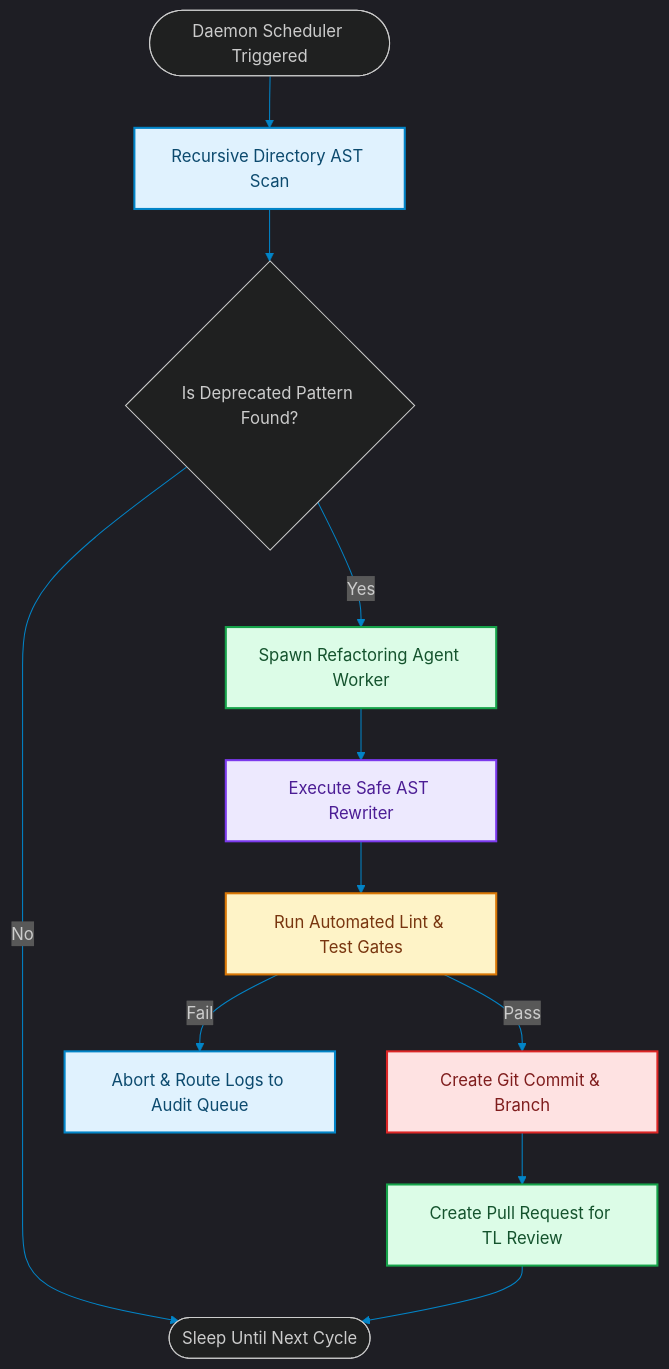
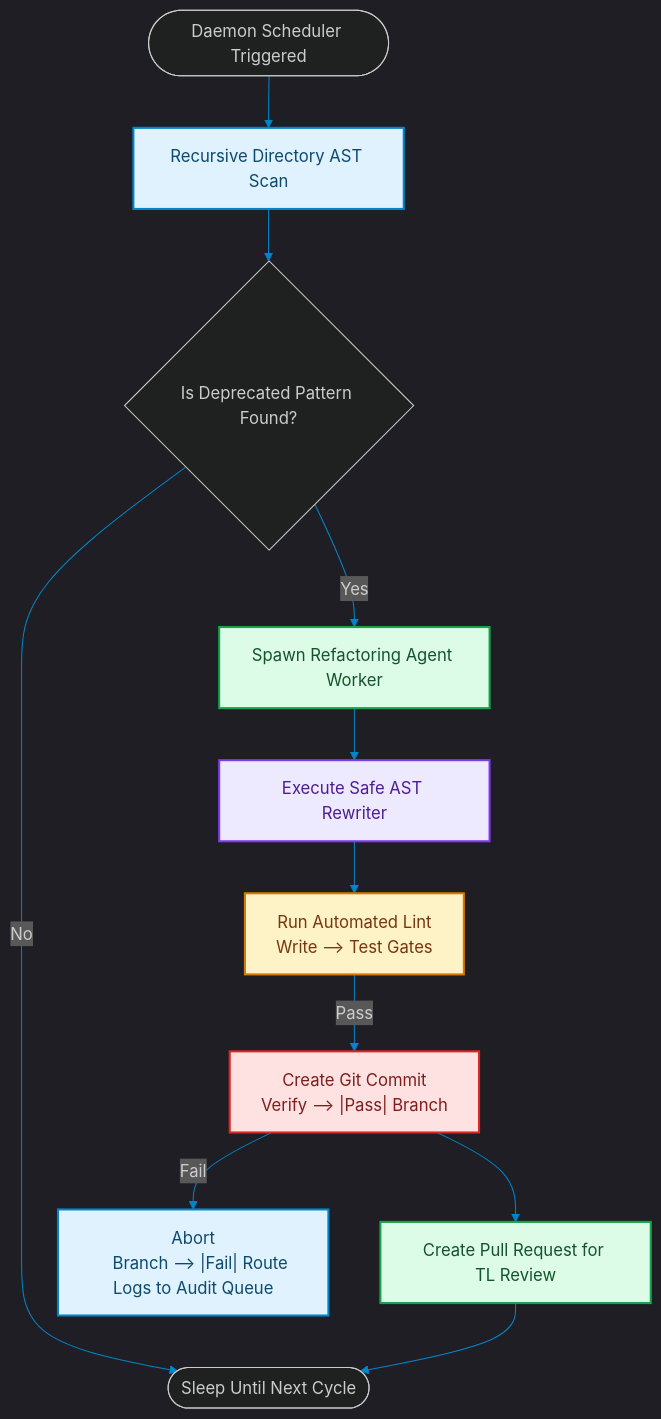
Before and after one commit to akmalkhaniub/akmalkhaniub.github.io: the diagram in blog/posts/codebase-daemon-agents-continuous-refactoring.md, drawn with Mermaid. The commit also changed other lines of this file and 894 other files, not shown here.

Commit message:
feat(blog): upgrade all 444 posts with unique staggered dates, 2-col Mermaid spines, benchmark tables, code blocks, and trade-offs

````diff
--- a/blog/posts/codebase-daemon-agents-continuous-refactoring.md
+++ b/blog/posts/codebase-daemon-agents-continuous-refactoring.md
@@ -15,28 +15,31 @@
 ```mermaid
 %%{init: {'theme': 'dark', 'themeVariables': { 'primaryColor': '#0284c7', 'primaryTextColor': '#f3f4f6', 'primaryBorderColor': '#38bdf8', 'lineColor': '#0284c7', 'secondaryColor': '#111827', 'tertiaryColor': '#0b0f19'}}}%%
 flowchart TD
     Start([Daemon Scheduler Triggered]) --> Scan["Recursive Directory AST Scan"]
     Scan --> Match{Is Deprecated Pattern Found?}
     
     Match -->|No| End([Sleep Until Next Cycle])
     Match -->|Yes| Refactor["Spawn Refactoring Agent Worker"]
     
     Refactor --> Write["Execute Safe AST Rewriter"]
-    Write --> Verify["Run Automated Lint & Test Gates"]
-    Verify -->|Pass| Commit["Create Git Commit & Branch"]
-    Verify -->|Fail| Log["Abort & Route Logs to Audit Queue"]
+    Write --> Verify["Run Automated Lint
+    Write --> Test Gates"]
+    Verify --> |Pass| Commit["Create Git Commit
+    Verify --> |Pass| Branch"]
+    Commit --> |Fail| Log["Abort
+    Branch --> |Fail| Route Logs to Audit Queue"]
     
     Commit --> PR["Create Pull Request for TL Review"]
     PR --> End
 
 classDef green fill:#dcfce7,stroke:#16a34a,stroke-width:2px,color:#14532d;
 classDef red fill:#fee2e2,stroke:#dc2626,stroke-width:2px,color:#7f1d1d;
 classDef blue fill:#e0f2fe,stroke:#0284c7,stroke-width:2px,color:#0c4a6e;
 classDef yellow fill:#fef3c7,stroke:#d97706,stroke-width:2px,color:#78350f;
 classDef purple fill:#ede9fe,stroke:#7c3aed,stroke-width:2px,color:#4c1d95;
 class Scan,Log blue
 class Refactor,PR green
 class Write purple
 class Verify yellow
 class Commit red
 ```
````
